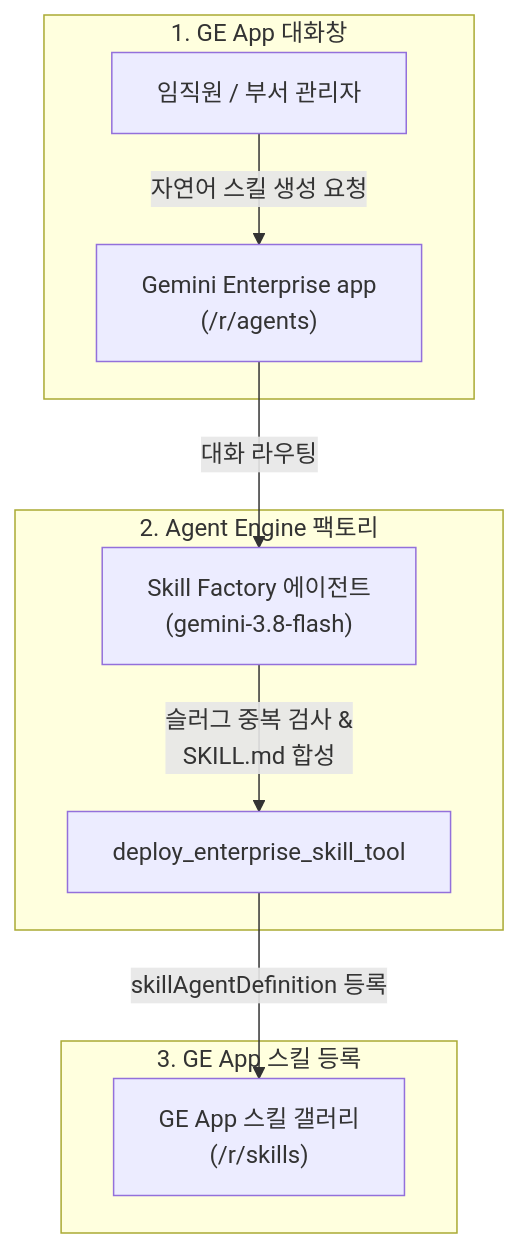
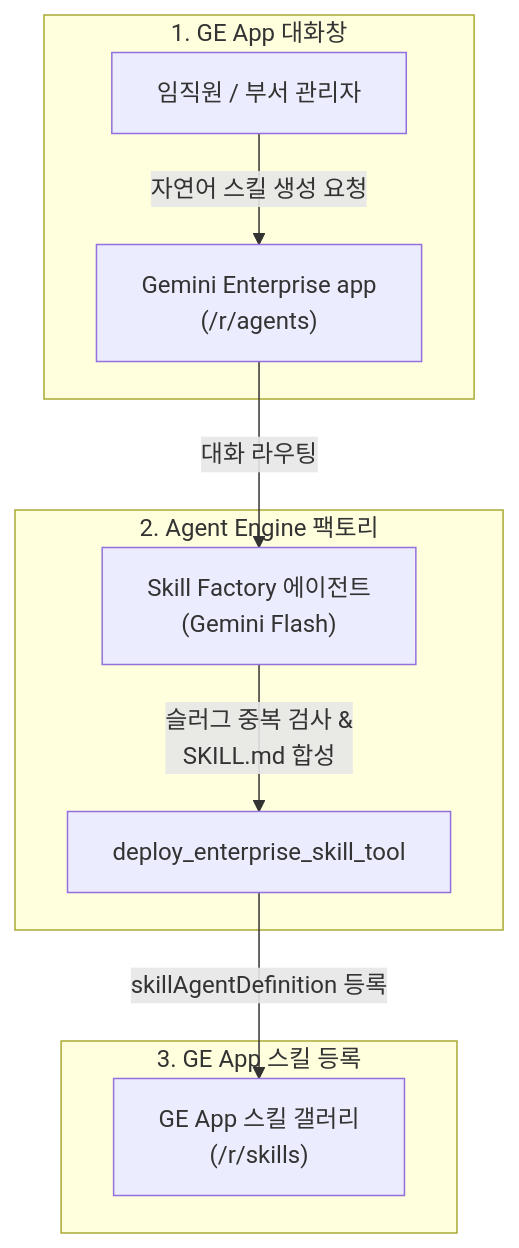
Before and after one commit to jiangjun-forge/google-cloud-0-to-1: the diagram in samples/gemini-enterprise-factory-skill/report.md, drawn with Mermaid. The commit also changed other lines of this file and 229 other files, not shown here.

````diff
--- a/samples/gemini-enterprise-factory-skill/report.md
+++ b/samples/gemini-enterprise-factory-skill/report.md
@@ -27,15 +27,15 @@
 ```mermaid
 flowchart TB
     subgraph L1["1. GE App 대화창"]
         U["임직원 / 부서 관리자"] -->|"자연어 스킬 생성 요청"| GE["Gemini Enterprise app<br/>(/r/agents)"]
     end
 
     subgraph L2["2. Agent Engine 팩토리"]
-        GE -->|"대화 라우팅"| F["Skill Factory 에이전트<br/>(gemini-3.8-flash)"]
+        GE -->|"대화 라우팅"| F["Skill Factory 에이전트<br/>(Gemini Flash)"]
         F -->|"슬러그 중복 검사 &<br/>SKILL.md 합성"| T["deploy_enterprise_skill_tool"]
     end
 
     subgraph L3["3. GE App 스킬 등록"]
         T -->|"skillAgentDefinition 등록"| REG["GE App 스킬 갤러리<br/>(/r/skills)"]
     end
 ```
````
